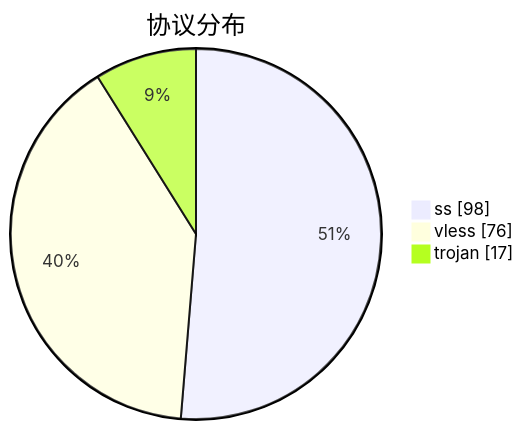
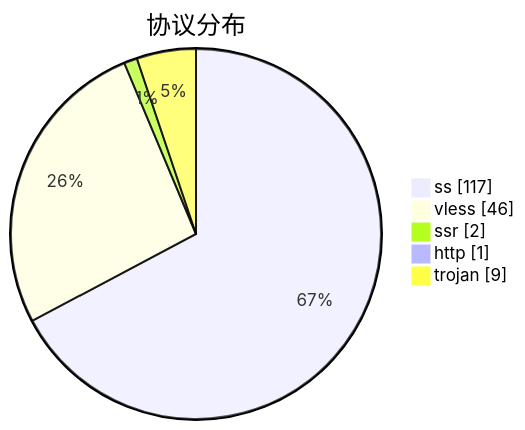
One commit to qjlxg/airport changed the third of 3 diagrams in subs/statistics/tested_within.md. Above: the diagram before and after it, drawn with Mermaid. The commit also changed other lines of this file and 2 other files, not shown here.

````diff
--- a/subs/statistics/tested_within.md
+++ b/subs/statistics/tested_within.md
@@ -35,7 +33,9 @@
 ```mermaid
 pie showData
 title 协议分布
-"ss" : 98
-"vless" : 76
-"trojan" : 17
+"ss" : 117
+"vless" : 46
+"ssr" : 2
+"http" : 1
+"trojan" : 9
 ```
````
